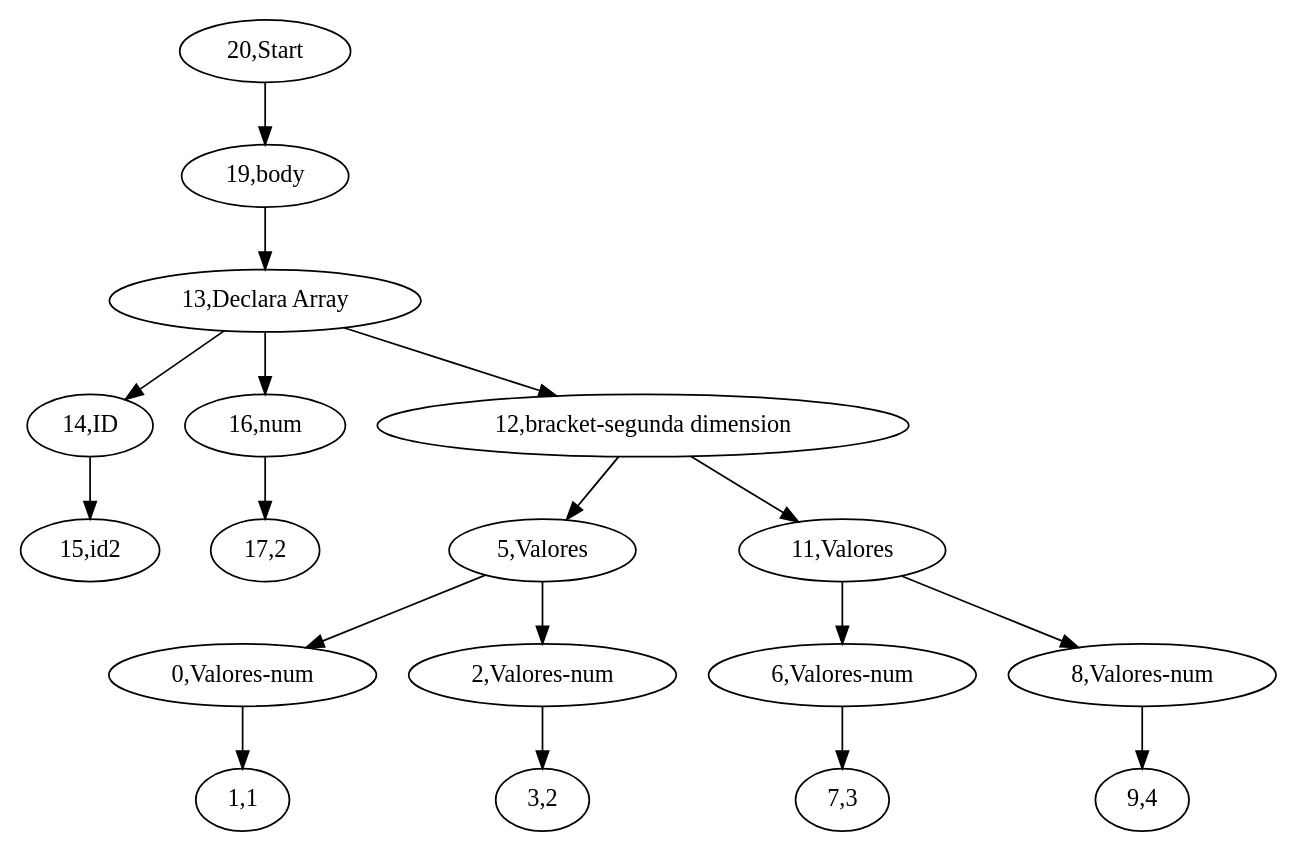
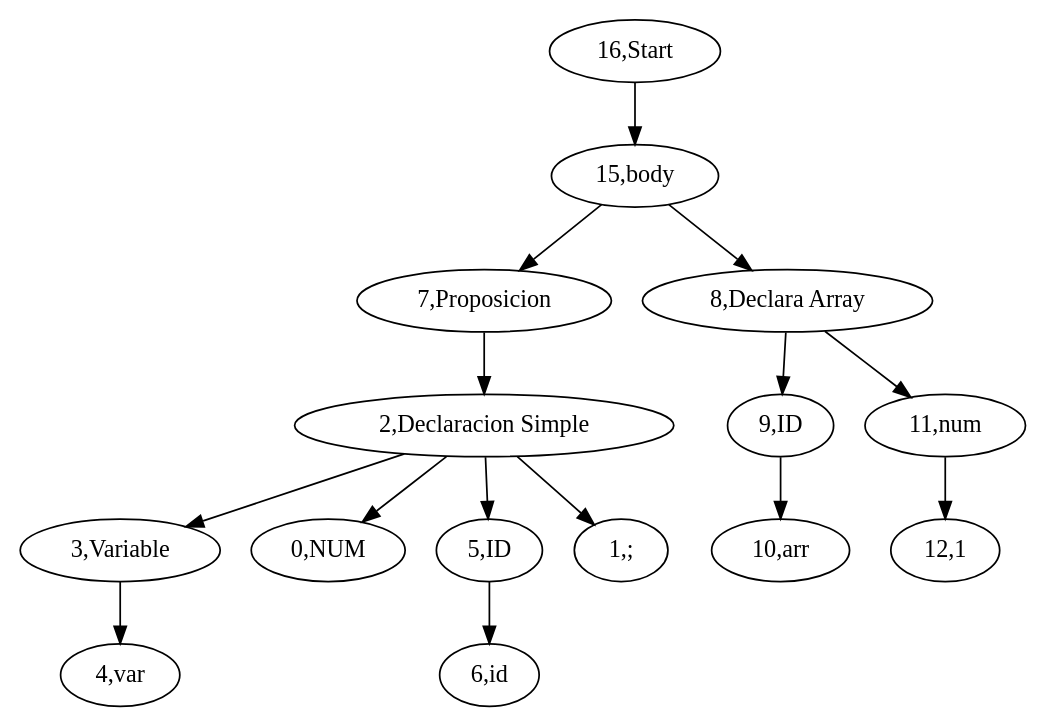
One commit to mata889/Compilacion_Proyect changed the diagram in build/classes/grafico.dot. Above: the diagram before and after it, drawn with Graphviz. The commit also changed 6 other files, not shown here.

```diff
--- a/build/classes/grafico.dot
+++ b/build/classes/grafico.dot
@@ -1,20 +1,17 @@
 digraph {
-"20,Start" -> "19,body";
-"19,body" -> "13,Declara Array";
-"13,Declara Array" -> "14,ID";
-"14,ID" -> "15,id2";
-"13,Declara Array" -> "16,num";
-"16,num" -> "17,2";
-"13,Declara Array" -> "12,bracket-segunda dimension";
-"12,bracket-segunda dimension" -> "5,Valores";
-"5,Valores" -> "0,Valores-num";
-"0,Valores-num" -> "1,1";
-"5,Valores" -> "2,Valores-num";
-"2,Valores-num" -> "3,2";
-"12,bracket-segunda dimension" -> "11,Valores";
-"11,Valores" -> "6,Valores-num";
-"6,Valores-num" -> "7,3";
-"11,Valores" -> "8,Valores-num";
-"8,Valores-num" -> "9,4";
+"16,Start" -> "15,body";
+"15,body" -> "7,Proposicion";
+"7,Proposicion" -> "2,Declaracion Simple";
+"2,Declaracion Simple" -> "3,Variable";
+"3,Variable" -> "4,var";
+"2,Declaracion Simple" -> "0,NUM";
+"2,Declaracion Simple" -> "5,ID";
+"5,ID" -> "6,id";
+"2,Declaracion Simple" -> "1,;";
+"15,body" -> "8,Declara Array";
+"8,Declara Array" -> "9,ID";
+"9,ID" -> "10,arr";
+"8,Declara Array" -> "11,num";
+"11,num" -> "12,1";
 
 }
```
